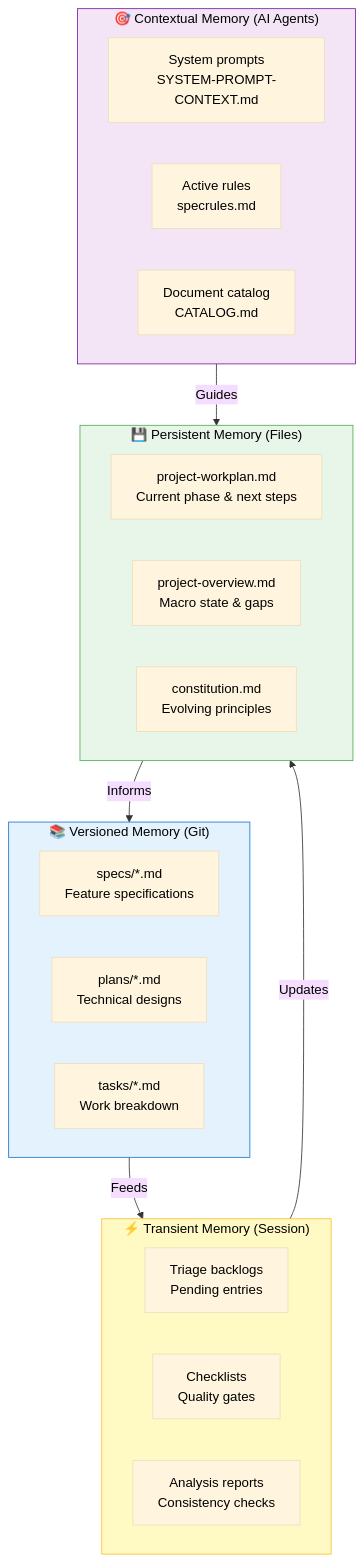
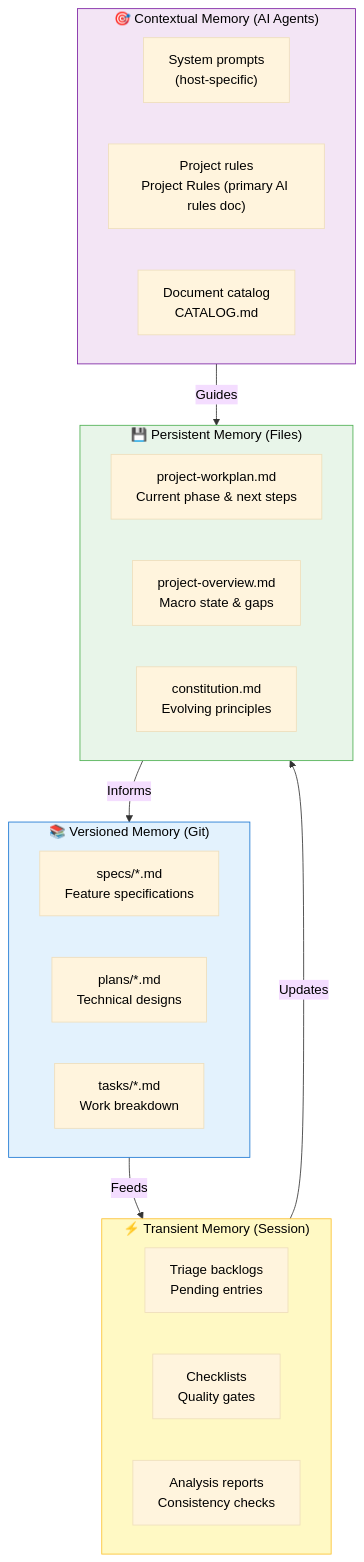
One commit to Trindade11/Spec-Orchestrator changed the first of 7 diagrams in .specify/docs/memory-system.md. Above: the diagram before and after it, drawn with Mermaid. The commit also changed other lines of this file and 36 other files, not shown here.

````diff
--- a/.specify/docs/memory-system.md
+++ b/.specify/docs/memory-system.md
@@ -14,37 +14,37 @@
 ```mermaid
 %%{init: {'theme': 'base', 'themeVariables': { 'primaryTextColor': '#000', 'secondaryTextColor': '#000', 'tertiaryTextColor': '#000', 'lineColor': '#333'}}}%%
 flowchart TB
     subgraph Persistent["💾 Persistent Memory (Files)"]
         WP["project-workplan.md<br/>Current phase & next steps"]
         OV["project-overview.md<br/>Macro state & gaps"]
         CO["constitution.md<br/>Evolving principles"]
     end
     
     subgraph Versioned["📚 Versioned Memory (Git)"]
         SP["specs/*.md<br/>Feature specifications"]
         PL["plans/*.md<br/>Technical designs"]
         TS["tasks/*.md<br/>Work breakdown"]
     end
     
     subgraph Transient["⚡ Transient Memory (Session)"]
         TR["Triage backlogs<br/>Pending entries"]
         CH["Checklists<br/>Quality gates"]
         AN["Analysis reports<br/>Consistency checks"]
     end
     
     subgraph Contextual["🎯 Contextual Memory (AI Agents)"]
-        SYS["System prompts<br/>SYSTEM-PROMPT-CONTEXT.md"]
-        RUL["Active rules<br/>specrules.md"]
+        SYS["System prompts<br/>(host-specific)"]
+        RUL["Project rules<br/>Project Rules (primary AI rules doc)"]
         CAT["Document catalog<br/>CATALOG.md"]
     end
     
     Persistent -->|Informs| Versioned
     Versioned -->|Feeds| Transient
     Transient -->|Updates| Persistent
     Contextual -->|Guides| Persistent
     
     style Persistent fill:#e8f5e9,stroke:#4caf50,color:#000
     style Versioned fill:#e3f2fd,stroke:#1976d2,color:#000
     style Transient fill:#fff9c4,stroke:#fbc02d,color:#000
     style Contextual fill:#f3e5f5,stroke:#7b1fa2,color:#000
 ```
````
